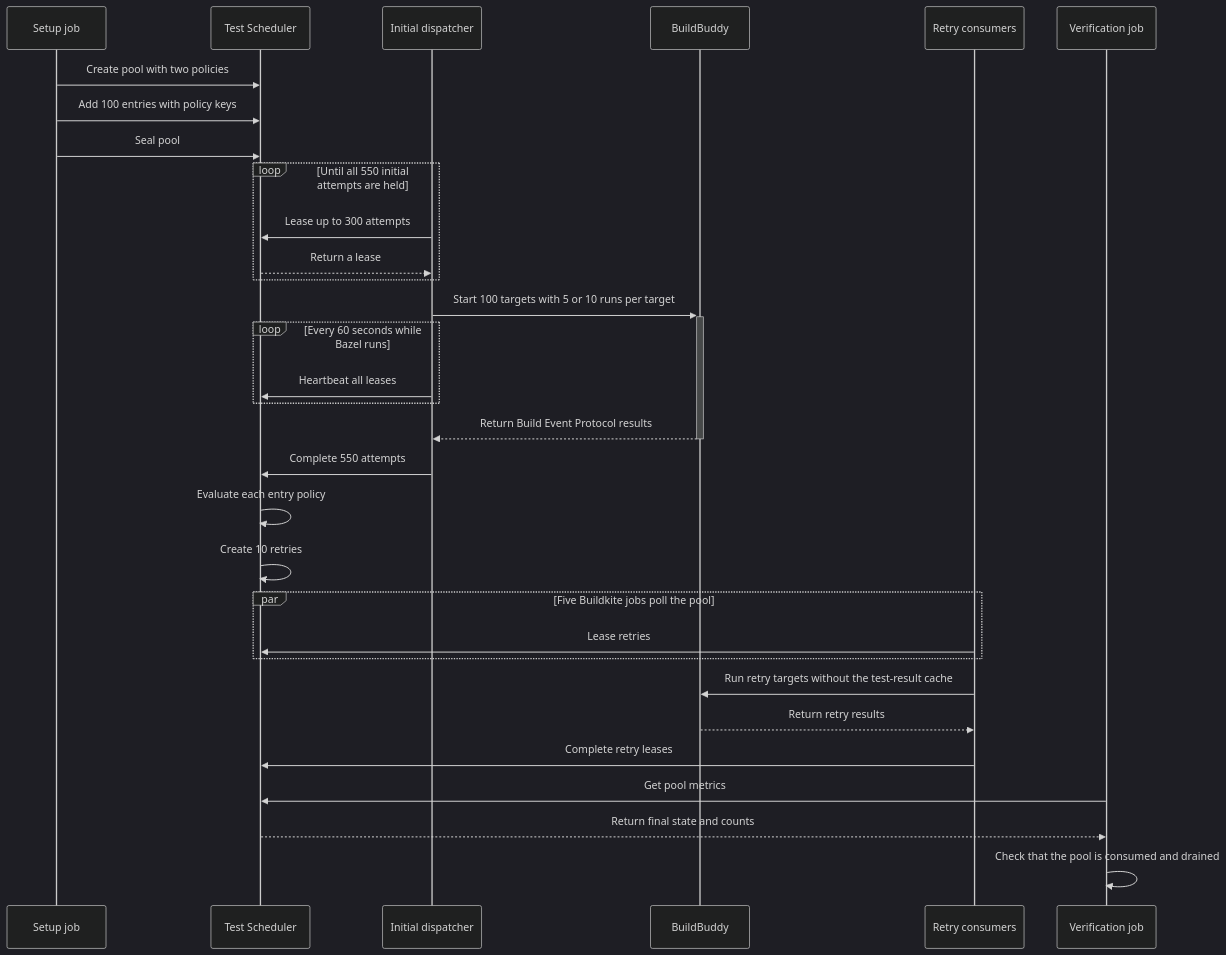
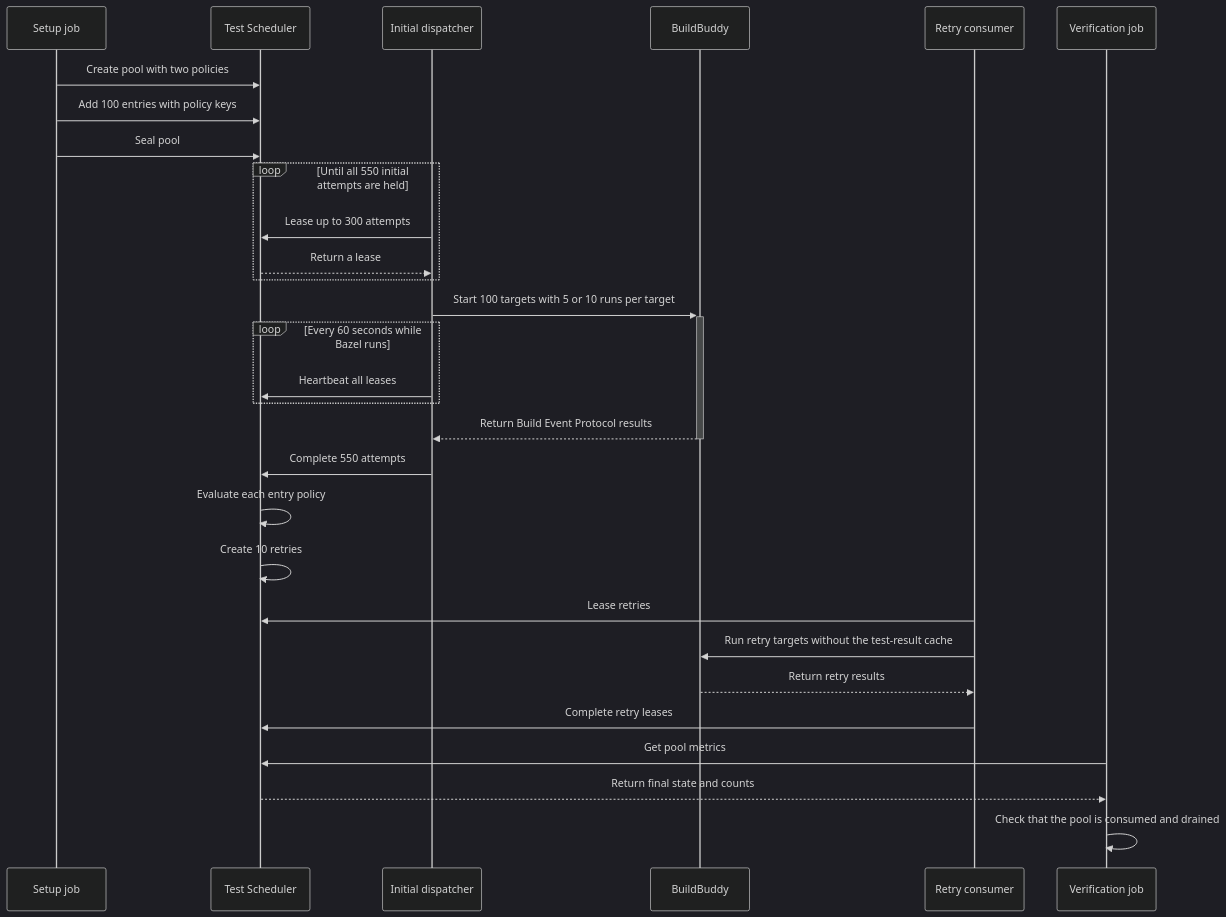
One commit to catkins/test-scheduler-bazel-demo changed the second of 2 diagrams in README.md. Above: the diagram before and after it, drawn with Mermaid (dark theme). The commit also changed other lines of this file and 2 other files, not shown here.

First line of the commit message:
Use one durable retry consumer

````diff
--- a/README.md
+++ b/README.md
@@ -167,38 +156,36 @@
 ```mermaid
 sequenceDiagram
     participant S as Setup job
     participant TS as Test Scheduler
     participant D as Initial dispatcher
     participant BB as BuildBuddy
-    participant R as Retry consumers
+    participant R as Retry consumer
     participant V as Verification job
 
     S->>TS: Create pool with two policies
     S->>TS: Add 100 entries with policy keys
     S->>TS: Seal pool
 
     loop Until all 550 initial attempts are held
         D->>TS: Lease up to 300 attempts
         TS-->>D: Return a lease
     end
     D->>+BB: Start 100 targets with 5 or 10 runs per target
     loop Every 60 seconds while Bazel runs
         D->>TS: Heartbeat all leases
     end
     BB-->>-D: Return Build Event Protocol results
     D->>TS: Complete 550 attempts
 
     TS->>TS: Evaluate each entry policy
     TS->>TS: Create 10 retries
 
-    par Five Buildkite jobs poll the pool
-        R->>TS: Lease retries
-    end
+    R->>TS: Lease retries
     R->>BB: Run retry targets without the test-result cache
     BB-->>R: Return retry results
     R->>TS: Complete retry leases
 
     V->>TS: Get pool metrics
     TS-->>V: Return final state and counts
     V->>V: Check that the pool is consumed and drained
 ```
````
